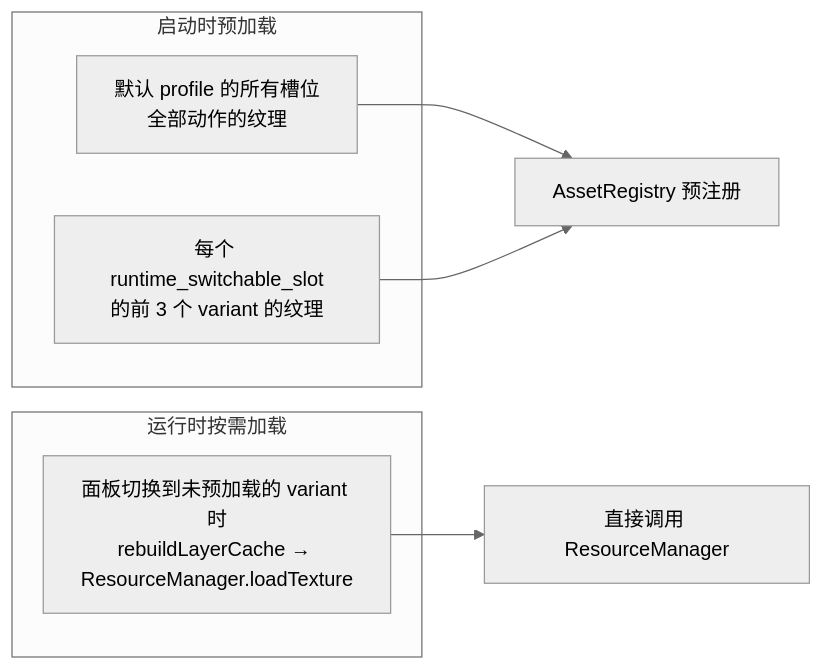
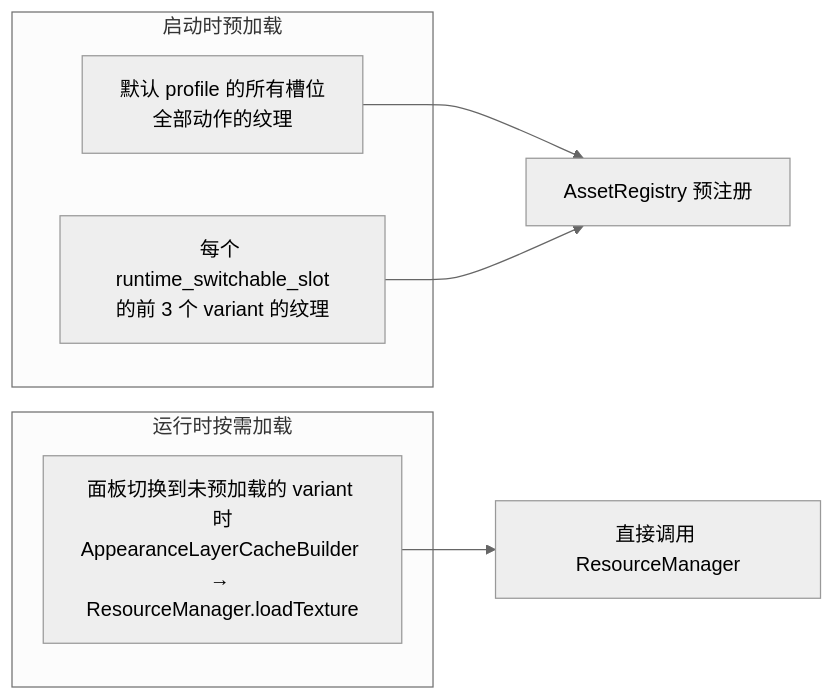
The sixth of 7 diagrams in docs/gameplay/layered-appearance.md (WispSnow/TinyFarmRPG), drawn with Mermaid (neutral theme) before and after one commit. The commit also changed other lines of this file and 17 other files, not shown here.

````diff
--- a/docs/gameplay/layered-appearance.md
+++ b/docs/gameplay/layered-appearance.md
@@ -250,13 +259,13 @@
 ```mermaid
 flowchart LR
     subgraph "启动时预加载"
         A["默认 profile 的所有槽位<br/>全部动作的纹理"]
         B["每个 runtime_switchable_slot<br/>的前 3 个 variant 的纹理"]
     end
     subgraph "运行时按需加载"
-        C["面板切换到未预加载的 variant 时<br/>rebuildLayerCache → ResourceManager.loadTexture"]
+        C["面板切换到未预加载的 variant 时<br/>AppearanceLayerCacheBuilder → ResourceManager.loadTexture"]
     end
     A --> D["AssetRegistry 预注册"]
     B --> D
     C --> E["直接调用 ResourceManager"]
 ```
````
